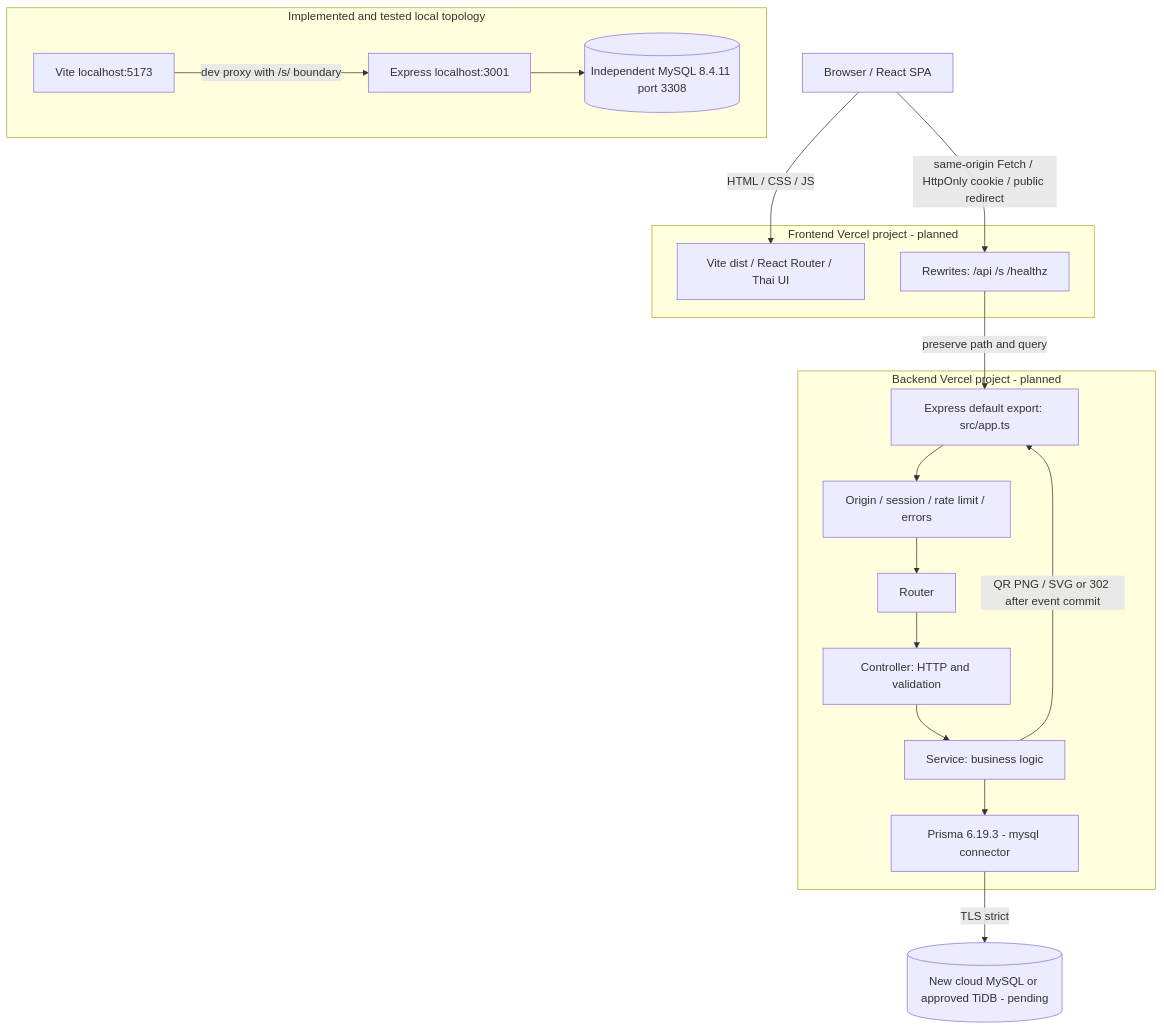
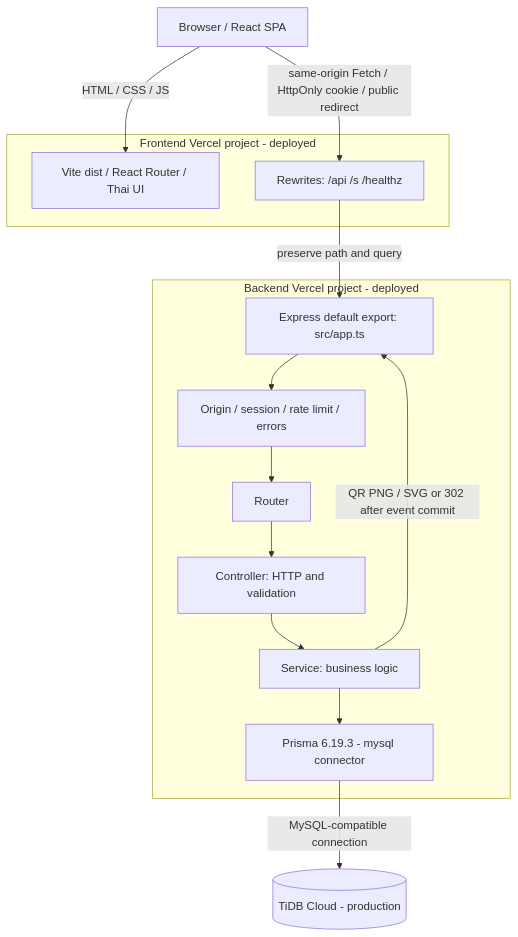
One commit to joe9856/project-short-url-react-node changed the third of 3 diagrams in docs/diagrams.md. Above: the diagram before and after it, drawn with Mermaid. The commit also changed other lines of this file and 28 other files, not shown here.

````diff
--- a/docs/diagrams.md
+++ b/docs/diagrams.md
@@ -99,29 +103,23 @@
 ```mermaid
 flowchart TB
   Browser[Browser / React SPA]
-  subgraph FrontendProject[Frontend Vercel project - planned]
+  subgraph FrontendProject[Frontend Vercel project - deployed]
     Static[Vite dist / React Router / Thai UI]
     Proxy[Rewrites: /api /s /healthz]
   end
-  subgraph BackendProject[Backend Vercel project - planned]
+  subgraph BackendProject[Backend Vercel project - deployed]
     App[Express default export: src/app.ts]
     Middleware[Origin / session / rate limit / errors]
     Routes[Router]
     Controllers[Controller: HTTP and validation]
     Services[Service: business logic]
     Prisma[Prisma 6.19.3 - mysql connector]
   end
-  Database[(New cloud MySQL or approved TiDB - pending)]
+  Database[(TiDB Cloud - production)]
   Browser -->|HTML / CSS / JS| Static
   Browser -->|same-origin Fetch / HttpOnly cookie / public redirect| Proxy
   Proxy -->|preserve path and query| App
   App --> Middleware --> Routes --> Controllers --> Services --> Prisma
-  Prisma -->|TLS strict| Database
+  Prisma -->|MySQL-compatible connection| Database
   Services -->|QR PNG / SVG or 302 after event commit| App
-  subgraph Local[Implemented and tested local topology]
-    Vite[Vite localhost:5173]
-    Express[Express localhost:3001]
-    MySQL[(Independent MySQL 8.4.11 port 3308)]
-    Vite -->|dev proxy with /s/ boundary| Express --> MySQL
-  end
 ```
````
